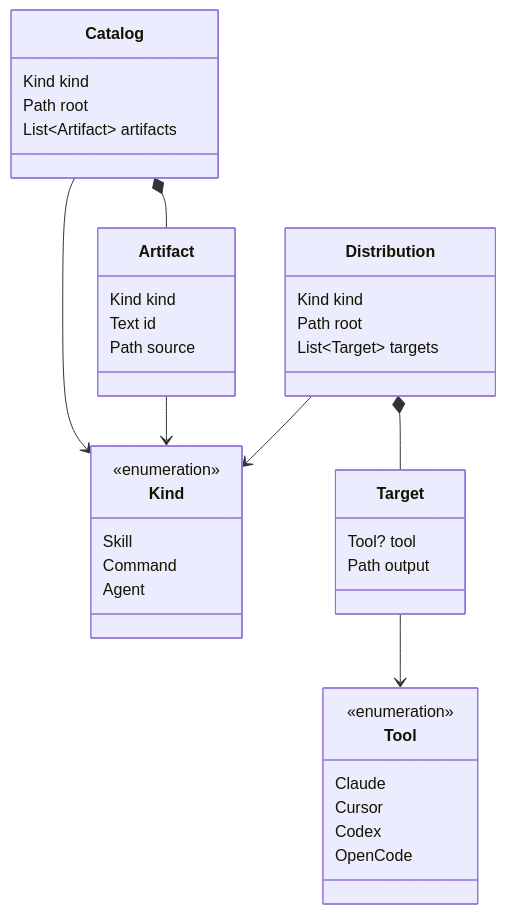
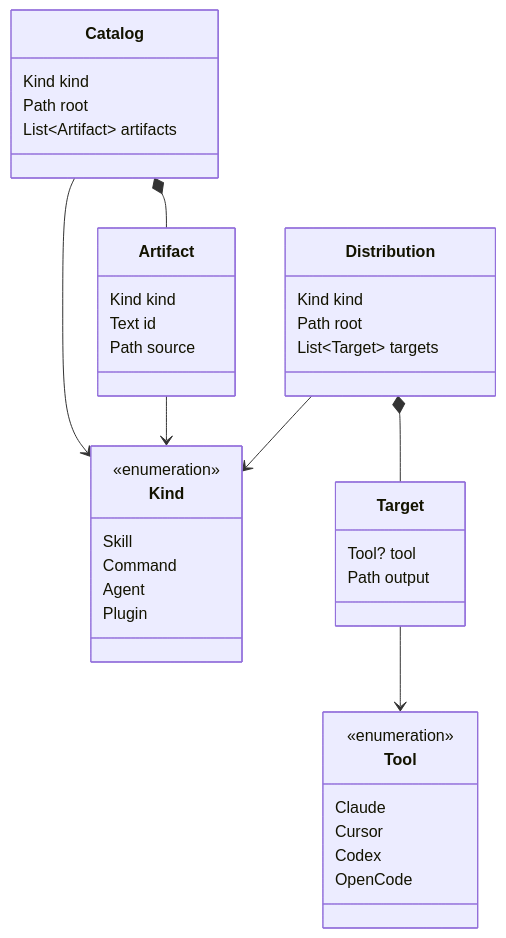
The second of 2 diagrams in docs/specs/domain-model.md (yliapis/agent-tool-box), drawn with Mermaid before and after one commit. The commit also changed other lines of this file, not shown here.

First line of the commit message:
docs(specs): add Plugin as a synced Kind

````diff
--- a/docs/specs/domain-model.md
+++ b/docs/specs/domain-model.md
@@ -93,42 +93,43 @@
 ```mermaid
 classDiagram
   class Catalog {
     Kind kind
     Path root
     List~Artifact~ artifacts
   }
   class Artifact {
     Kind kind
     Text id
     Path source
   }
   class Kind {
     <<enumeration>>
     Skill
     Command
     Agent
+    Plugin
   }
   class Tool {
     <<enumeration>>
     Claude
     Cursor
     Codex
     OpenCode
   }
   class Distribution {
     Kind kind
     Path root
     List~Target~ targets
   }
   class Target {
     Tool? tool
     Path output
   }
 
   Catalog --> Kind
   Catalog *-- Artifact
   Artifact --> Kind
   Distribution --> Kind
   Distribution *-- Target
   Target --> Tool
 ```
````
